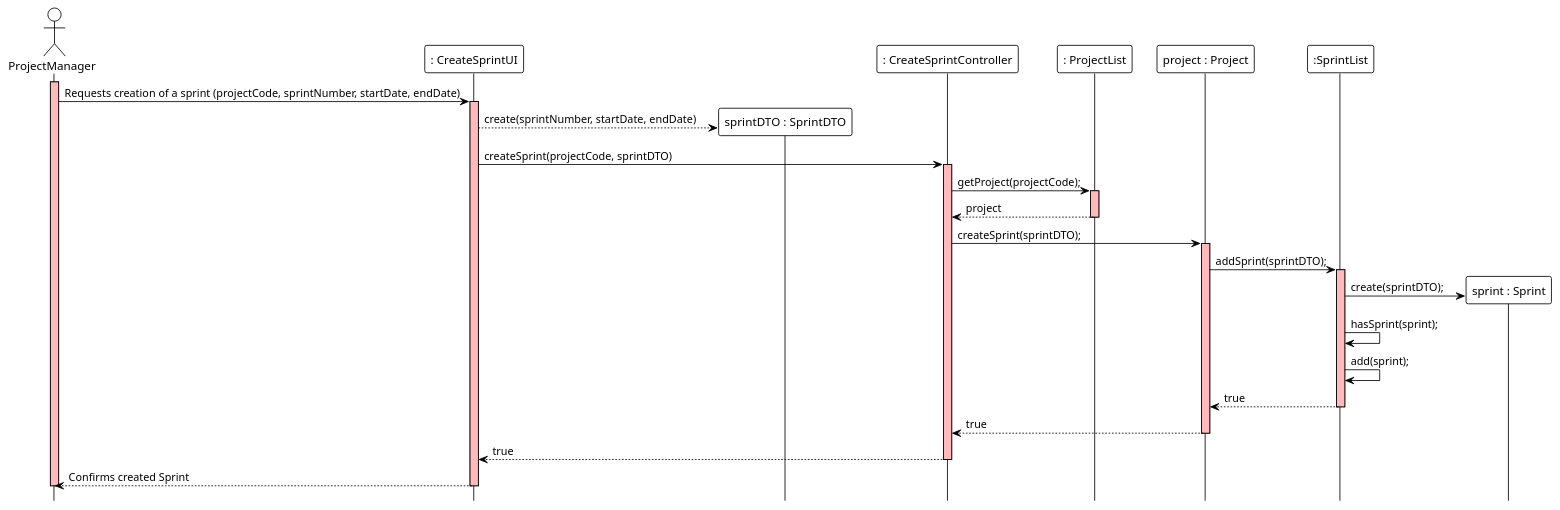
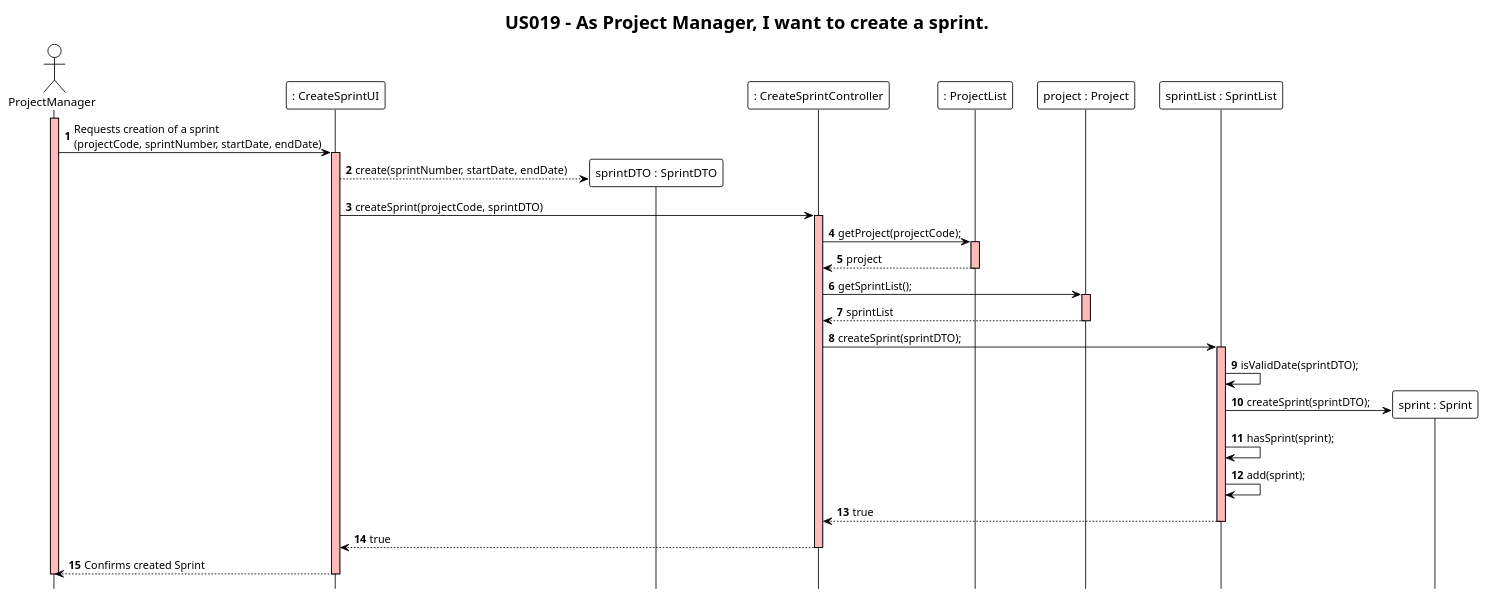
The diagram in docs/modelling_design/user_stories/us019/US019_CreateSprintSD.puml (ivo-menezes/project_g3), drawn with PlantUML before and after one commit.

Commit message:
US019: Design: Corrected SD.

```diff
--- a/docs/modelling_design/user_stories/us019/US019_CreateSprintSD.puml
+++ b/docs/modelling_design/user_stories/us019/US019_CreateSprintSD.puml
@@ -1,48 +1,50 @@
 @startuml
 !theme plain
 hide footbox
+autonumber
+title "US019 - As Project Manager, I want to create a sprint."
 
 actor ProjectManager as User
 participant ": CreateSprintUI" as UI
 participant "sprintDTO : SprintDTO" as DTO
 participant ": CreateSprintController" as Controller
 participant ": ProjectList" as ProjectList
 participant "project : Project" as Project
-participant ":SprintList" as SprintList
+participant "sprintList : SprintList" as SprintList
 participant "sprint : Sprint" as Sprint
 
 activate User #FFBBBB
-User ->  UI: Requests creation of a sprint (projectCode, sprintNumber, startDate, endDate)
+User ->  UI: Requests creation of a sprint \n(projectCode, sprintNumber, startDate, endDate)
 
 activate UI #FFBBBB
 UI --> DTO **: create(sprintNumber, startDate, endDate)
 UI -> Controller: createSprint(projectCode, sprintDTO)
 activate Controller #FFBBBB
 
 Controller -> ProjectList: getProject(projectCode);
 activate ProjectList #FFBBBB
 ProjectList --> Controller: project
 deactivate ProjectList
-Controller -> Project: createSprint(sprintDTO);
+Controller -> Project: getSprintList();
 activate Project #FFBBBB
+Project --> Controller: sprintList
+deactivate Project
 
-Project -> SprintList: addSprint(sprintDTO);
+Controller -> SprintList: createSprint(sprintDTO);
 activate SprintList #FFBBBB
 
-SprintList -> Sprint **: create(sprintDTO);
+SprintList -> SprintList: isValidDate(sprintDTO);
+SprintList -> Sprint **: createSprint(sprintDTO);
 SprintList -> SprintList: hasSprint(sprint);
 SprintList -> SprintList: add(sprint);
 
-SprintList --> Project: true
+SprintList --> Controller: true
 deactivate SprintList
-
-Project --> Controller: true
-deactivate Project
 
 Controller --> UI : true
 deactivate Controller
 
 UI --> User: Confirms created Sprint
 deactivate UI
 deactivate User #FFBBBB
 @enduml
```
